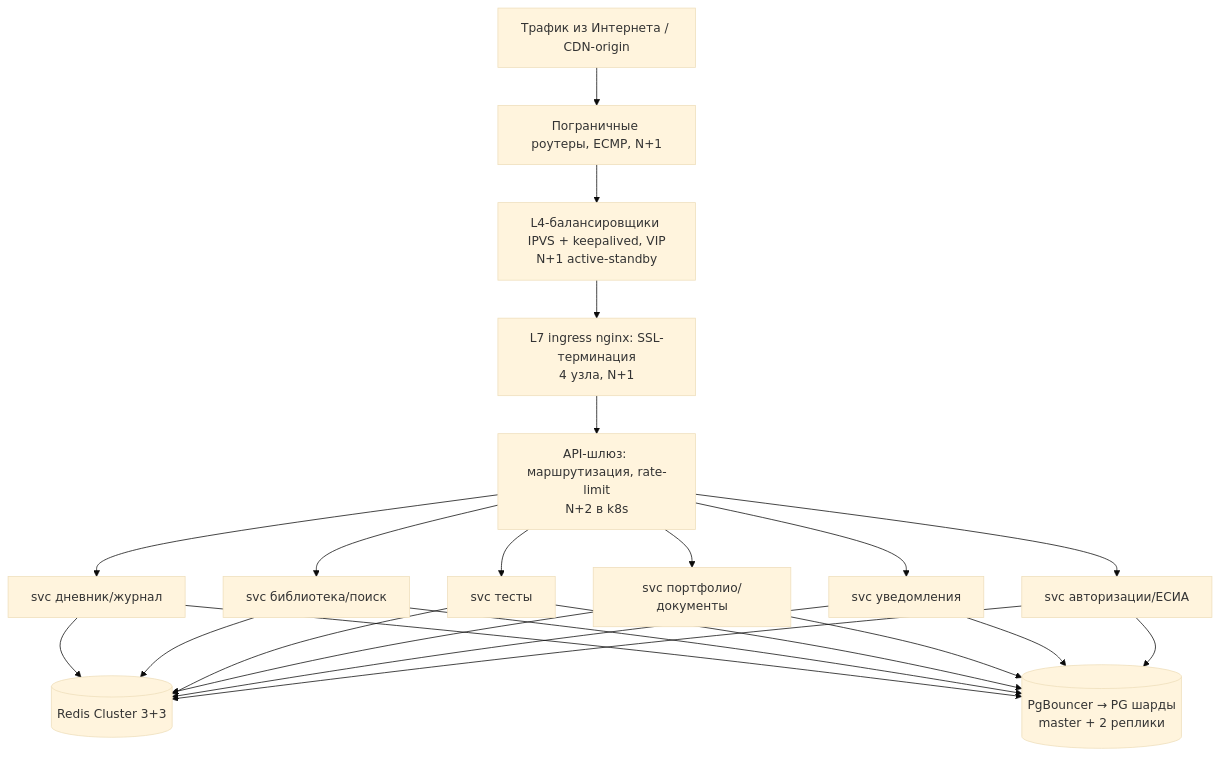
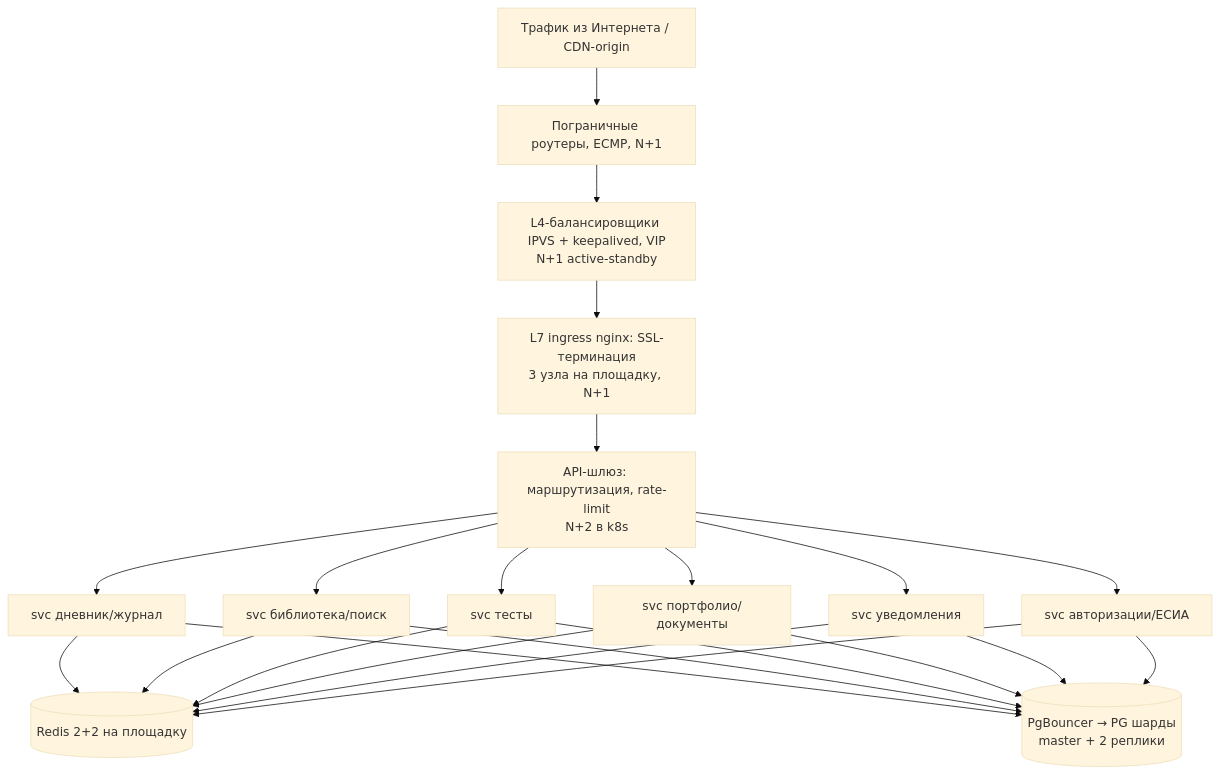
One commit to artiomkovalev/highload_vk_course_work changed the third of 6 diagrams in README.md. Above: the diagram before and after it, drawn with Mermaid (base theme). The commit also changed other lines of this file, not shown here.

````diff
--- a/README.md
+++ b/README.md
@@ -395,15 +445,15 @@
 ```mermaid
 flowchart TB
     IN[Трафик из Интернета / CDN-origin] --> R[Пограничные роутеры, ECMP, N+1]
     R --> L4[L4-балансировщики IPVS + keepalived, VIP<br/>N+1 active-standby]
-    L4 --> ING[L7 ingress nginx: SSL-терминация<br/>4 узла, N+1]
+    L4 --> ING[L7 ingress nginx: SSL-терминация<br/>3 узла на площадку, N+1]
     ING --> GW[API-шлюз: маршрутизация, rate-limit<br/>N+2 в k8s]
     GW --> S1[svc дневник/журнал]
     GW --> S2[svc библиотека/поиск]
     GW --> S3[svc тесты]
     GW --> S4[svc портфолио/документы]
     GW --> S5[svc уведомления]
     GW --> AUTH[svc авторизации/ЕСИА]
-    S1 & S2 & S3 & S4 & S5 & AUTH --> CACHE[(Redis Cluster 3+3)]
+    S1 & S2 & S3 & S4 & S5 & AUTH --> CACHE[(Redis 2+2 на площадку)]
     S1 & S2 & S3 & S4 & S5 & AUTH --> PG[(PgBouncer → PG шарды<br/>master + 2 реплики)]
 ```
````
